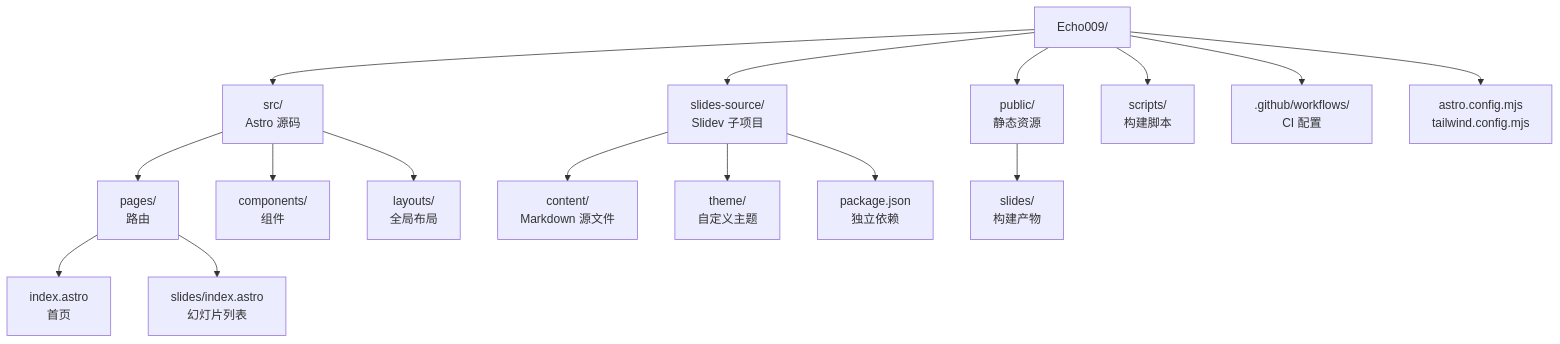
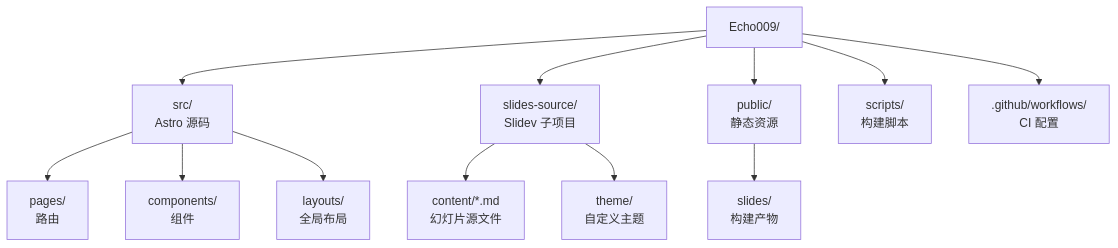
The second of 7 diagrams in slides-source/content/echo009-architecture.md (Echo009/Echo009), drawn with Mermaid before and after one commit. The commit also changed other lines of this file and 7 other files, not shown here.

````diff
--- a/slides-source/content/echo009-architecture.md
+++ b/slides-source/content/echo009-architecture.md
@@ -132,22 +135,17 @@
 ```mermaid
 graph TD
   Root["Echo009/"] --> Src["src/<br/>Astro 源码"]
   Root --> SS["slides-source/<br/>Slidev 子项目"]
   Root --> Public["public/<br/>静态资源"]
   Root --> Scripts["scripts/<br/>构建脚本"]
   Root --> GH[".github/workflows/<br/>CI 配置"]
-  Root --> Config["astro.config.mjs<br/>tailwind.config.mjs"]
 
   Src --> Pages["pages/<br/>路由"]
   Src --> Comps["components/<br/>组件"]
   Src --> Layouts["layouts/<br/>全局布局"]
 
-  Pages --> Home["index.astro<br/>首页"]
-  Pages --> SlidesPage["slides/index.astro<br/>幻灯片列表"]
-
-  SS --> SContent["content/<br/>Markdown 源文件"]
+  SS --> SContent["content/*.md<br/>幻灯片源文件"]
   SS --> STheme["theme/<br/>自定义主题"]
-  SS --> SPkg["package.json<br/>独立依赖"]
 
   Public --> PSlides["slides/<br/>构建产物"]
 ```
````
